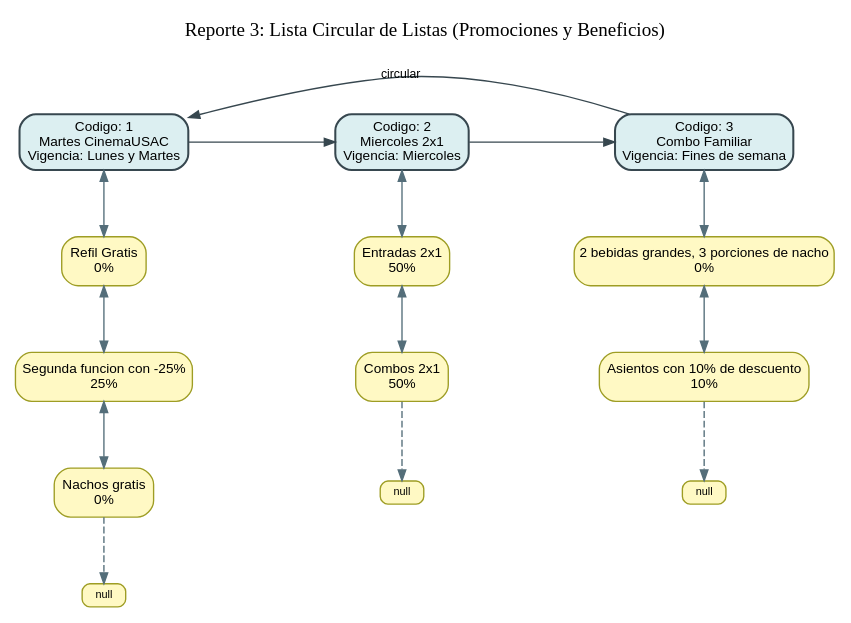
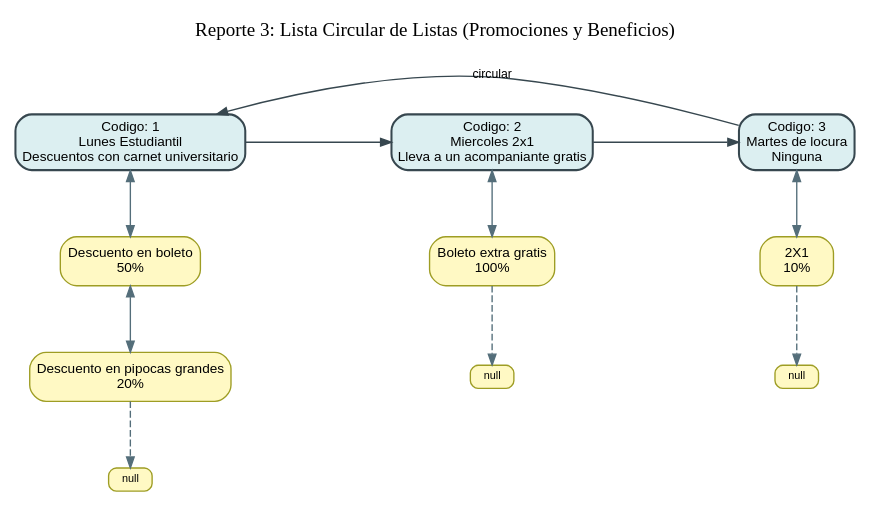
One commit to sergioraulquezel/EDD_2S2026_PY_202401290 changed the diagram in FASE_NO2/backend/reporte_promociones.dot. Above: the diagram before and after it, drawn with Graphviz. The commit also changed 289 other files, not shown here.

```diff
--- a/FASE_NO2/backend/reporte_promociones.dot
+++ b/FASE_NO2/backend/reporte_promociones.dot
@@ -1,32 +1,26 @@
 digraph Promociones {
   graph [rankdir=TB, splines=true, nodesep=0.75, ranksep=0.65, bgcolor="white", labelloc="t", label="Reporte 3: Lista Circular de Listas (Promociones y Beneficios)"];
   node [shape=box, style="rounded,filled", fontname="Arial", fontsize=10, margin="0.08,0.06"];
   edge [fontname="Arial", fontsize=9, color="#37474f", arrowsize=0.8];
   { rank=same; promo_1; promo_2; promo_3; }
-  promo_1 [label="Codigo: 1\nMartes CinemaUSAC\nVigencia: Lunes y Martes", fillcolor="#dceff1", color="#37474f", penwidth=1.5];
+  promo_1 [label="Codigo: 1\nLunes Estudiantil\nDescuentos con carnet universitario", fillcolor="#dceff1", color="#37474f", penwidth=1.5];
   promo_1 -> promo_2 [constraint=false];
-  ben_1_0 [label="Refil Gratis\n0%", fillcolor="#fff9c4", color="#9e9d24"];
+  ben_1_0 [label="Descuento en boleto\n50%", fillcolor="#fff9c4", color="#9e9d24"];
   promo_1 -> ben_1_0 [dir=both, color="#546e7a"];
-  ben_1_1 [label="Segunda funcion con -25%\n25%", fillcolor="#fff9c4", color="#9e9d24"];
+  ben_1_1 [label="Descuento en pipocas grandes\n20%", fillcolor="#fff9c4", color="#9e9d24"];
   ben_1_0 -> ben_1_1 [dir=both, color="#546e7a"];
-  ben_1_2 [label="Nachos gratis\n0%", fillcolor="#fff9c4", color="#9e9d24"];
-  ben_1_1 -> ben_1_2 [dir=both, color="#546e7a"];
   null_1 [label="null", width=0.45, height=0.2, fontsize=8, fillcolor="#fff9c4", color="#9e9d24"];
-  ben_1_2 -> null_1 [style=dashed, color="#546e7a"];
-  promo_2 [label="Codigo: 2\nMiercoles 2x1\nVigencia: Miercoles", fillcolor="#dceff1", color="#37474f", penwidth=1.5];
+  ben_1_1 -> null_1 [style=dashed, color="#546e7a"];
+  promo_2 [label="Codigo: 2\nMiercoles 2x1\nLleva a un acompaniante gratis", fillcolor="#dceff1", color="#37474f", penwidth=1.5];
   promo_2 -> promo_3 [constraint=false];
-  ben_2_0 [label="Entradas 2x1\n50%", fillcolor="#fff9c4", color="#9e9d24"];
+  ben_2_0 [label="Boleto extra gratis\n100%", fillcolor="#fff9c4", color="#9e9d24"];
   promo_2 -> ben_2_0 [dir=both, color="#546e7a"];
-  ben_2_1 [label="Combos 2x1\n50%", fillcolor="#fff9c4", color="#9e9d24"];
-  ben_2_0 -> ben_2_1 [dir=both, color="#546e7a"];
   null_2 [label="null", width=0.45, height=0.2, fontsize=8, fillcolor="#fff9c4", color="#9e9d24"];
-  ben_2_1 -> null_2 [style=dashed, color="#546e7a"];
-  promo_3 [label="Codigo: 3\nCombo Familiar\nVigencia: Fines de semana", fillcolor="#dceff1", color="#37474f", penwidth=1.5];
+  ben_2_0 -> null_2 [style=dashed, color="#546e7a"];
+  promo_3 [label="Codigo: 3\nMartes de locura\nNinguna", fillcolor="#dceff1", color="#37474f", penwidth=1.5];
   promo_3 -> promo_1 [constraint=false, minlen=2, label="circular"];
-  ben_3_0 [label="2 bebidas grandes, 3 porciones de nacho\n0%", fillcolor="#fff9c4", color="#9e9d24"];
+  ben_3_0 [label="2X1\n10%", fillcolor="#fff9c4", color="#9e9d24"];
   promo_3 -> ben_3_0 [dir=both, color="#546e7a"];
-  ben_3_1 [label="Asientos con 10% de descuento\n10%", fillcolor="#fff9c4", color="#9e9d24"];
-  ben_3_0 -> ben_3_1 [dir=both, color="#546e7a"];
   null_3 [label="null", width=0.45, height=0.2, fontsize=8, fillcolor="#fff9c4", color="#9e9d24"];
-  ben_3_1 -> null_3 [style=dashed, color="#546e7a"];
+  ben_3_0 -> null_3 [style=dashed, color="#546e7a"];
 }
```
